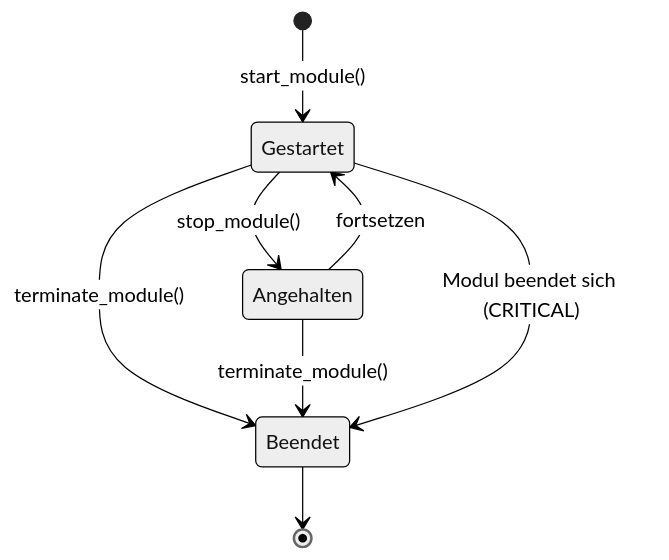
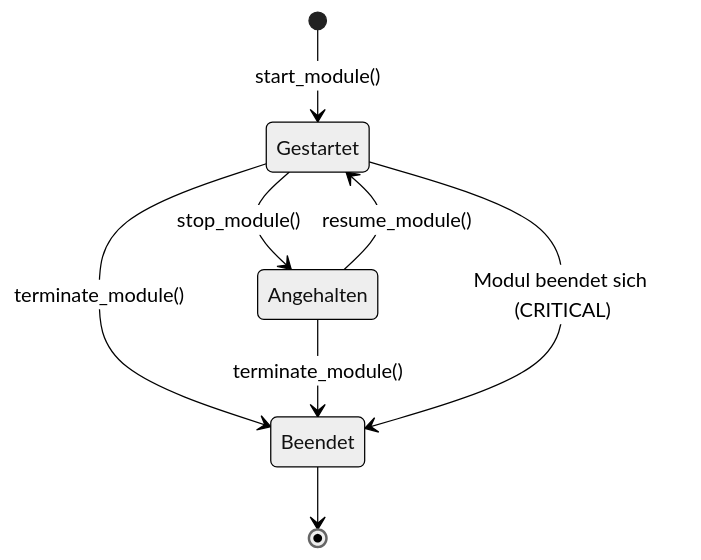
One commit to macodix/pifos changed the fourth of 4 diagrams in docs/04_implementierungsplan.md. Above: the diagram before and after it, drawn with Mermaid (neutral theme). The commit also changed other lines of this file and 1 other file, not shown here.

Commit message:
Konsistenzbefunde behoben: Faktum (tomllib 3.11), Instanzvariable, tote Referenz, Diagramm-getter, Inhaltsverzeichnis, Stil/Anglizismus

````diff
--- a/docs/04_implementierungsplan.md
+++ b/docs/04_implementierungsplan.md
@@ -472,10 +469,10 @@
 ```mermaid
 stateDiagram-v2
     [*] --> Gestartet : start_module()
     Gestartet --> Angehalten : stop_module()
-    Angehalten --> Gestartet : fortsetzen
+    Angehalten --> Gestartet : resume_module()
     Gestartet --> Beendet : terminate_module()
     Angehalten --> Beendet : terminate_module()
     Gestartet --> Beendet : Modul beendet sich (CRITICAL)
     Beendet --> [*]
 ```
````
